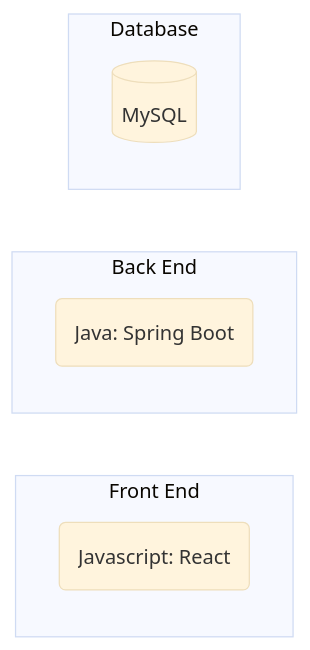
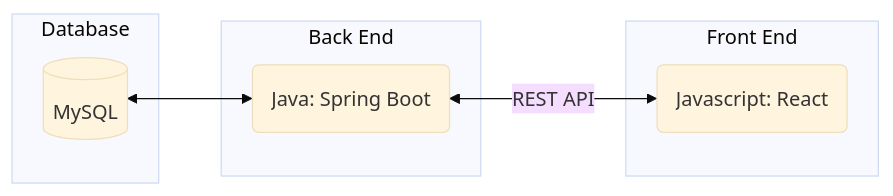
The first of 3 diagrams in README.md (FrancoPE14/BoggleGame), drawn with Mermaid (base theme) before and after one commit.

Commit message:
added arrows for the tech stack graph

````diff
--- a/README.md
+++ b/README.md
@@ -23,14 +23,17 @@
 ```mermaid
 flowchart RL
 subgraph Front End
 	A(Javascript: React)
 end
 	
 subgraph Back End
 	B(Java: Spring Boot)
 end
 	
 subgraph Database
 	C[(MySQL)]
+
+A <-->|"REST API"| B
+B <-->C
 end
 ```
````
